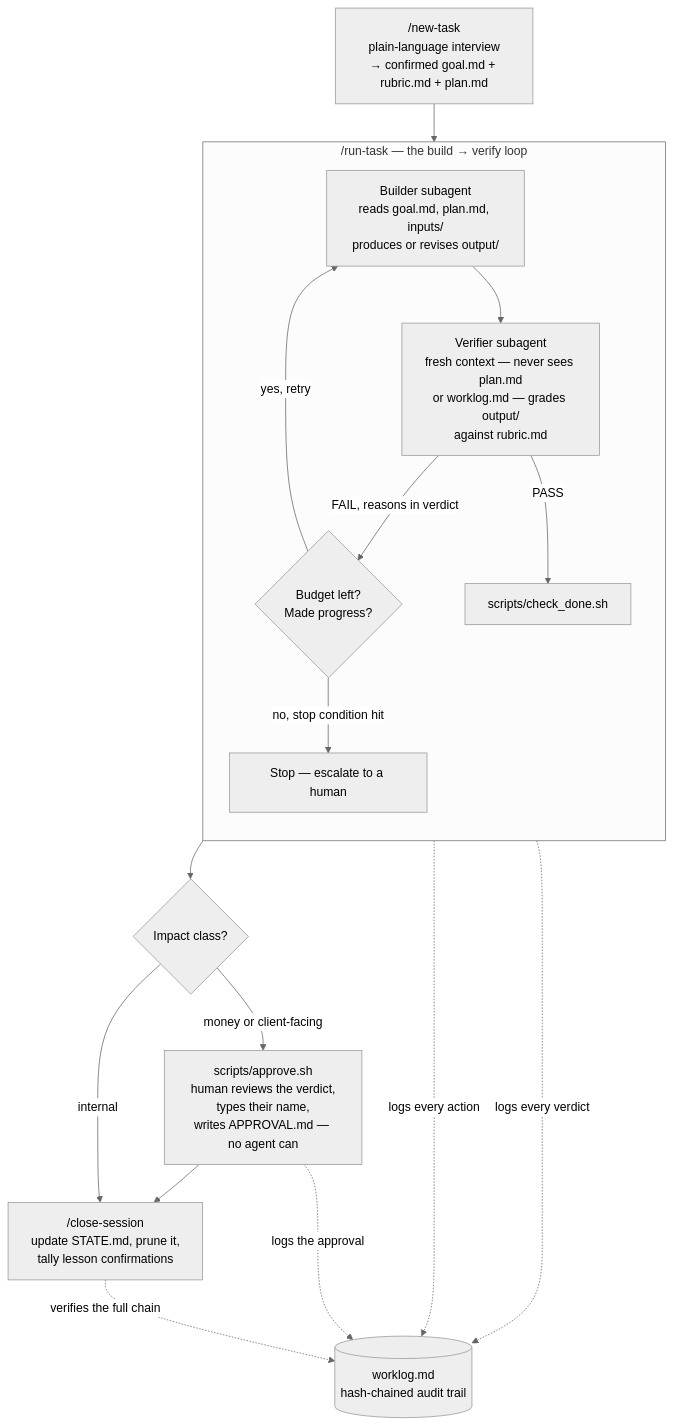
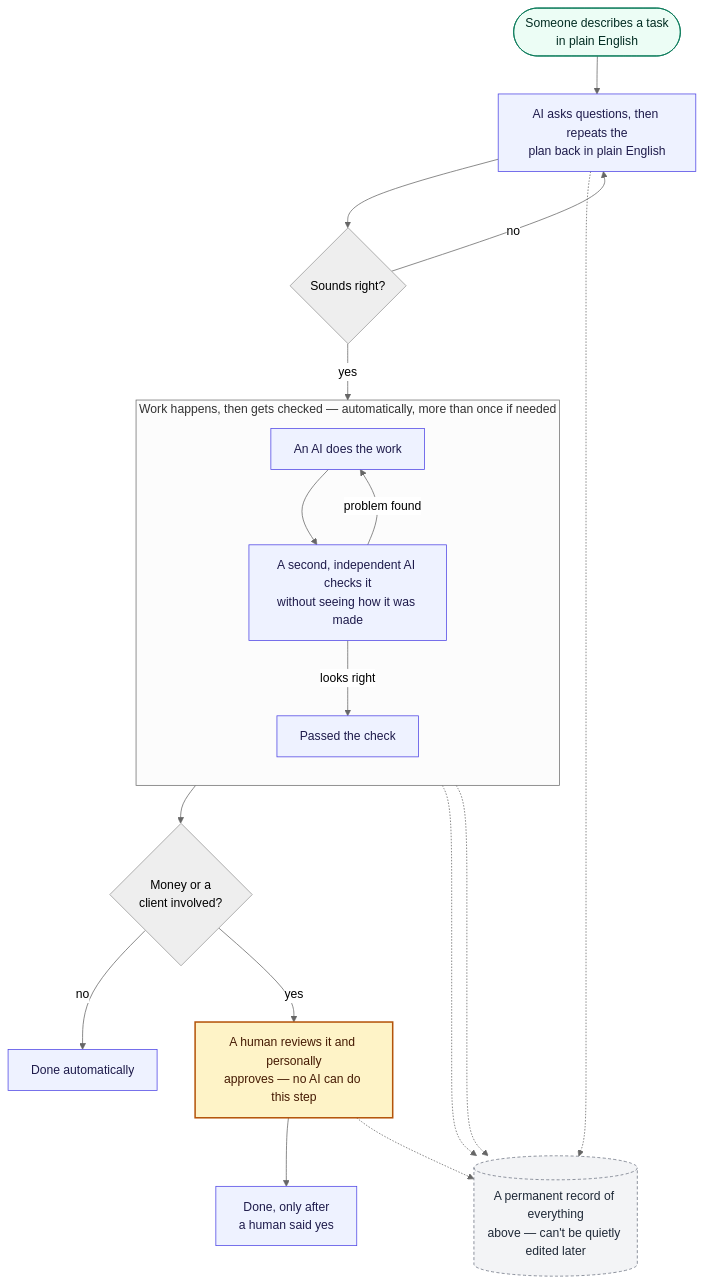
One commit to amtamaddon/intake changed the diagram in README.md. Above: the diagram before and after it, drawn with Mermaid (neutral theme). The commit also changed other lines of this file, not shown here.

Commit message:
Redesign README flowchart for zero-context readability
Replaced technical labels (goal.md, subagent, Impact class) with plain-
English descriptions of what actually happens, color-coded by who's acting
(blue = AI, amber = human-required, grey = the audit log). Goal: someone
with no context should understand the whole project from the graphic alone.
Validated the Mermaid syntax with mermaid.parse() via jsdom before pushing,
after the last diagram broke GitHub's renderer.

````diff
--- a/README.md
+++ b/README.md
@@ -20,26 +20,31 @@
 ```mermaid
 flowchart TB
-    NT["/new-task<br/>plain-language interview<br/>→ confirmed goal.md + rubric.md + plan.md"] --> RT
+    classDef start fill:#ecfdf5,stroke:#047857,color:#022c22,stroke-width:1px
+    classDef ai fill:#eef2ff,stroke:#4f46e5,color:#1e1b4b,stroke-width:1px
+    classDef human fill:#fef3c7,stroke:#b45309,color:#451a03,stroke-width:2px
+    classDef log fill:#f3f4f6,stroke:#6b7280,color:#1f2937,stroke-width:1px,stroke-dasharray:4 3
 
-    subgraph RT["/run-task — the build → verify loop"]
+    START(["Someone describes a task<br/>in plain English"]):::start --> ASK
+
+    ASK["AI asks questions, then repeats the<br/>plan back in plain English"]:::ai --> OK{Sounds right?}
+    OK -->|no| ASK
+    OK -->|yes| DO
+
+    subgraph LOOP["Work happens, then gets checked — automatically, more than once if needed"]
         direction TB
-        BLD["Builder subagent<br/>reads goal.md, plan.md, inputs/<br/>produces or revises output/"]
-        VER["Verifier subagent<br/>fresh context — never sees plan.md<br/>or worklog.md — grades output/<br/>against rubric.md"]
-        BLD --> VER
-        VER -->|FAIL, reasons in verdict| CHK{Budget left?<br/>Made progress?}
-        CHK -->|yes, retry| BLD
-        CHK -->|no, stop condition hit| ESC[Stop — escalate to a human]
-        VER -->|PASS| DONECHECK[scripts/check_done.sh]
+        DO["An AI does the work"]:::ai --> CHECK["A second, independent AI checks it<br/>without seeing how it was made"]:::ai
+        CHECK -->|problem found| DO
+        CHECK -->|looks right| PASS["Passed the check"]:::ai
     end
 
-    DONECHECK --> GATE{Impact class?}
-    GATE -->|internal| CLOSE["/close-session<br/>update STATE.md, prune it,<br/>tally lesson confirmations"]
-    GATE -->|money or client-facing| APR["scripts/approve.sh<br/>human reviews the verdict,<br/>types their name,<br/>writes APPROVAL.md — no agent can"]
-    APR --> CLOSE
+    PASS --> RISK{Money or a<br/>client involved?}
+    RISK -->|no| DONE["Done automatically"]:::ai
+    RISK -->|yes| APPROVE["A human reviews it and personally<br/>approves — no AI can do this step"]:::human
+    APPROVE --> DONE2["Done, only after<br/>a human said yes"]:::ai
 
-    LOG[("worklog.md<br/>hash-chained audit trail")]
-    BLD -.->|logs every action| LOG
-    VER -.->|logs every verdict| LOG
-    APR -.->|logs the approval| LOG
-    CLOSE -.->|verifies the full chain| LOG
+    LOG[("A permanent record of everything<br/>above — can't be quietly edited later")]:::log
+    ASK -.-> LOG
+    DO -.-> LOG
+    CHECK -.-> LOG
+    APPROVE -.-> LOG
 ```
````
